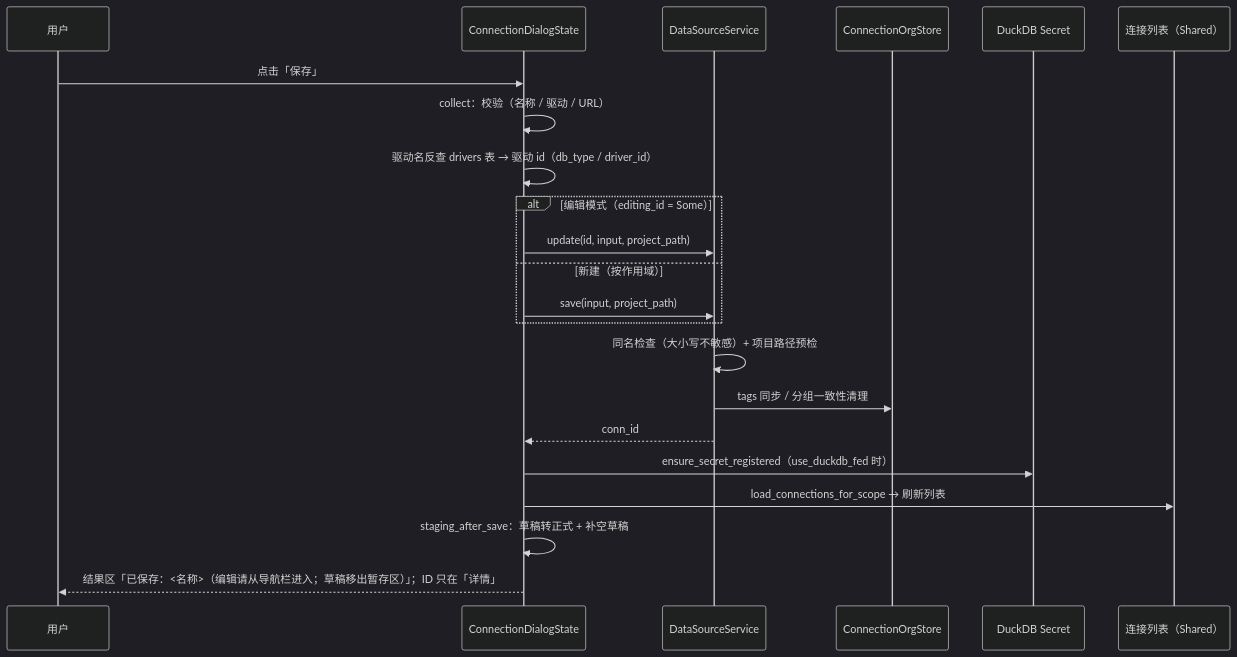
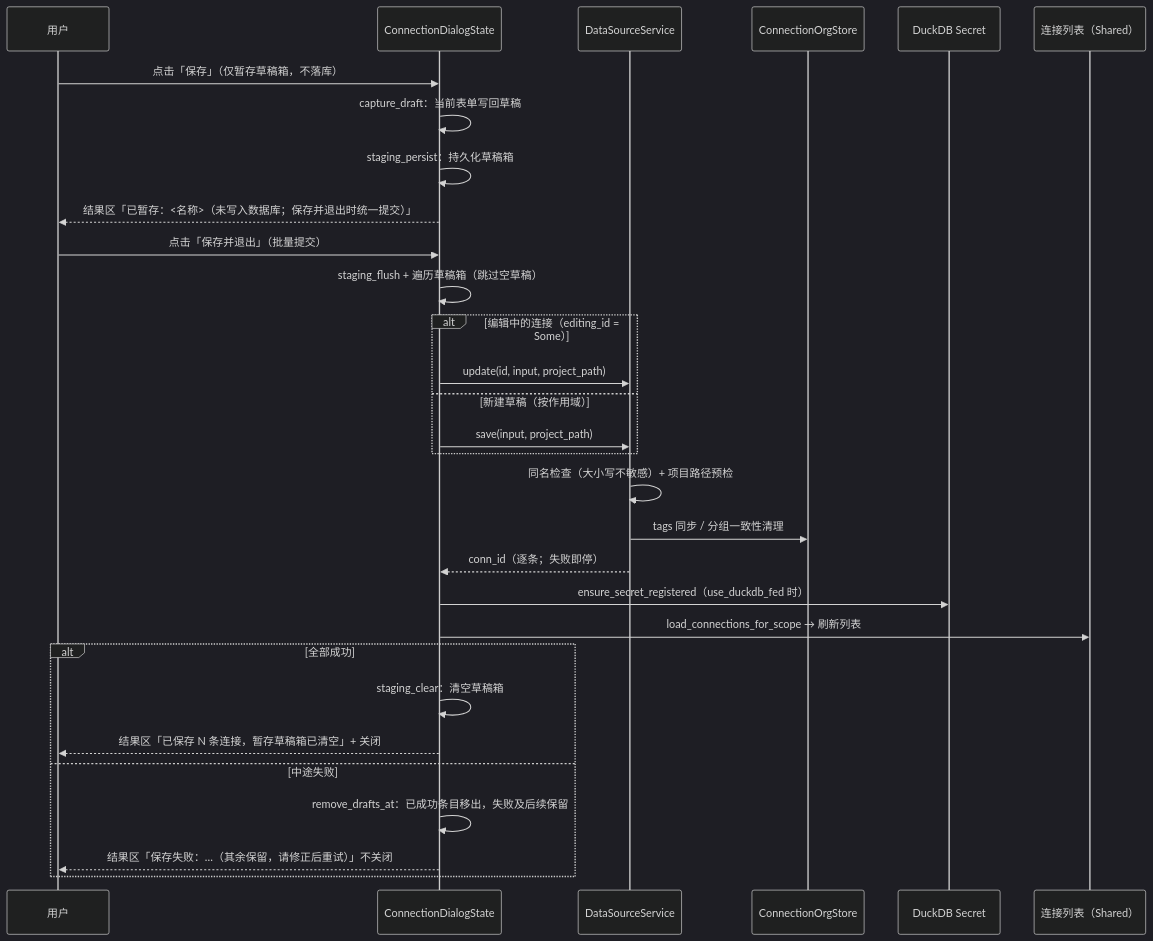
Before and after one commit to ling-love-xin/RdataStation-v2: the fourth of 8 diagrams in docs/architecture/connection/connection-dialog-architecture.md, drawn with Mermaid (dark theme). The commit also changed other lines of this file and 14 other files, not shown here.

First line of the commit message:
feat(connection): 保存语义重构（保存=仅暂存草稿箱，保存并退出=批量提交+清空）并修复 DuckDB 新建真库

````diff
--- a/docs/architecture/connection/connection-dialog-architecture.md
+++ b/docs/architecture/connection/connection-dialog-architecture.md
@@ -241,24 +241,32 @@
 ```mermaid
 sequenceDiagram
     participant U as 用户
     participant D as ConnectionDialogState
     participant S as DataSourceService
     participant O as ConnectionOrgStore
     participant K as DuckDB Secret
     participant L as 连接列表（Shared）
-    U->>D: 点击「保存」
-    D->>D: collect：校验（名称 / 驱动 / URL）
-    D->>D: 驱动名反查 drivers 表 → 驱动 id（db_type / driver_id）
-    alt 编辑模式（editing_id = Some）
+    U->>D: 点击「保存」（仅暂存草稿箱，不落库）
+    D->>D: capture_draft：当前表单写回草稿
+    D->>D: staging_persist：持久化草稿箱
+    D-->>U: 结果区「已暂存：<名称>（未写入数据库；保存并退出时统一提交）」
+    U->>D: 点击「保存并退出」（批量提交）
+    D->>D: staging_flush + 遍历草稿箱（跳过空草稿）
+    alt 编辑中的连接（editing_id = Some）
         D->>S: update(id, input, project_path)
-    else 新建（按作用域）
+    else 新建草稿（按作用域）
         D->>S: save(input, project_path)
     end
     S->>S: 同名检查（大小写不敏感）+ 项目路径预检
     S->>O: tags 同步 / 分组一致性清理
-    S-->>D: conn_id
+    S-->>D: conn_id（逐条；失败即停）
     D->>K: ensure_secret_registered（use_duckdb_fed 时）
     D->>L: load_connections_for_scope → 刷新列表
-    D->>D: staging_after_save：草稿转正式 + 补空草稿
-    D-->>U: 结果区「已保存：<名称>（编辑请从导航栏进入；草稿移出暂存区）」；ID 只在「详情」
+    alt 全部成功
+        D->>D: staging_clear：清空草稿箱
+        D-->>U: 结果区「已保存 N 条连接，暂存草稿箱已清空」+ 关闭
+    else 中途失败
+        D->>D: remove_drafts_at：已成功条目移出，失败及后续保留
+        D-->>U: 结果区「保存失败：…（其余保留，请修正后重试）」不关闭
+    end
 ```
````
